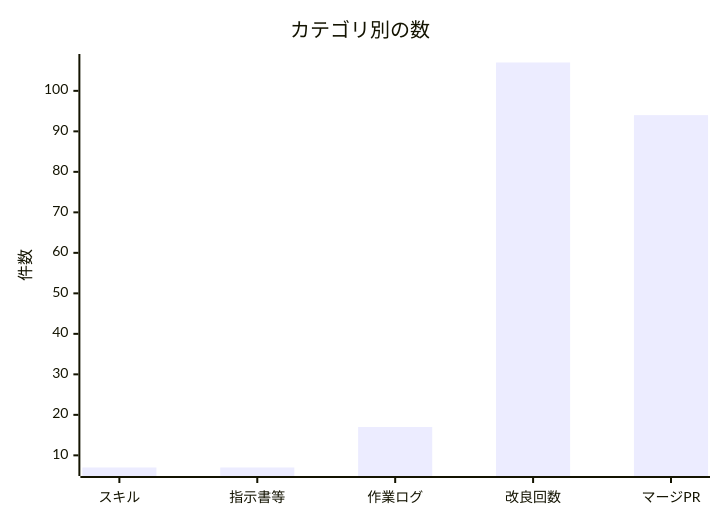
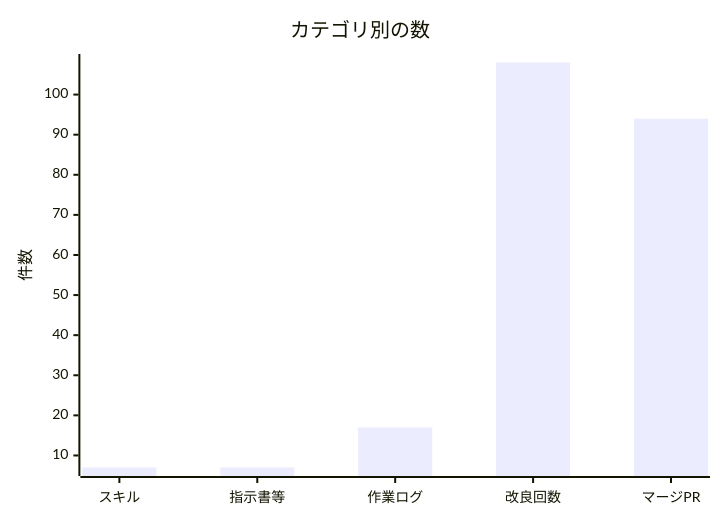
One commit to non-x2/non-x2 changed the second of 2 diagrams in docs/進化レポート.md. Above: the diagram before and after it, drawn with Mermaid. The commit also changed other lines of this file and 1 other file, not shown here.

````diff
--- a/docs/進化レポート.md
+++ b/docs/進化レポート.md
@@ -33,7 +33,7 @@
 ```mermaid
 xychart-beta
     title "カテゴリ別の数"
     x-axis ["スキル", "指示書等", "作業ログ", "改良回数", "マージPR"]
     y-axis "件数"
-    bar [7, 7, 17, 107, 94]
+    bar [7, 7, 17, 108, 94]
 ```
````
